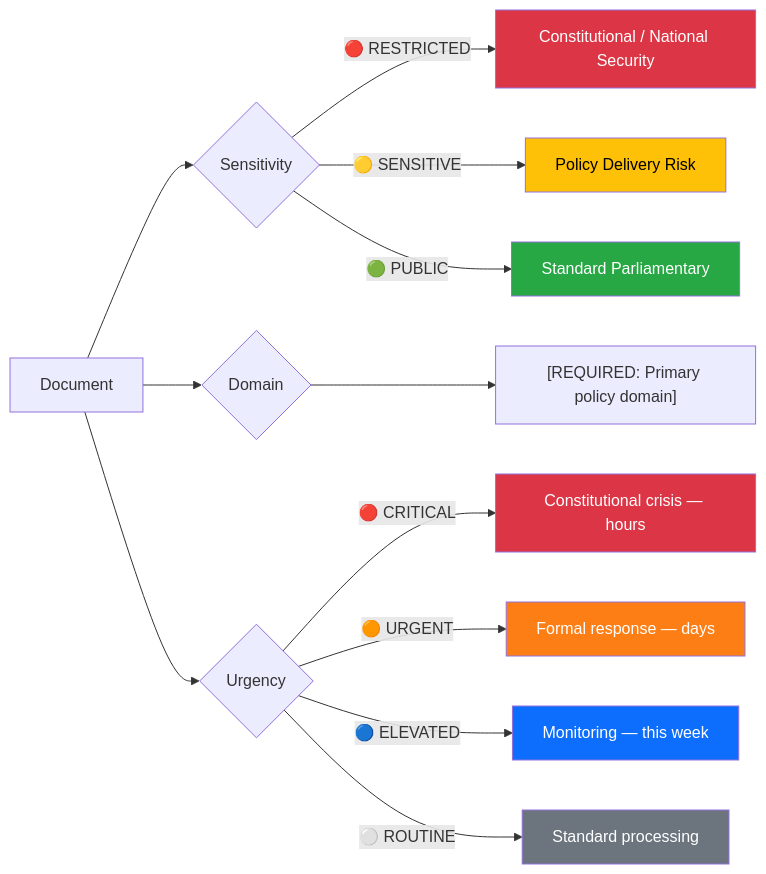
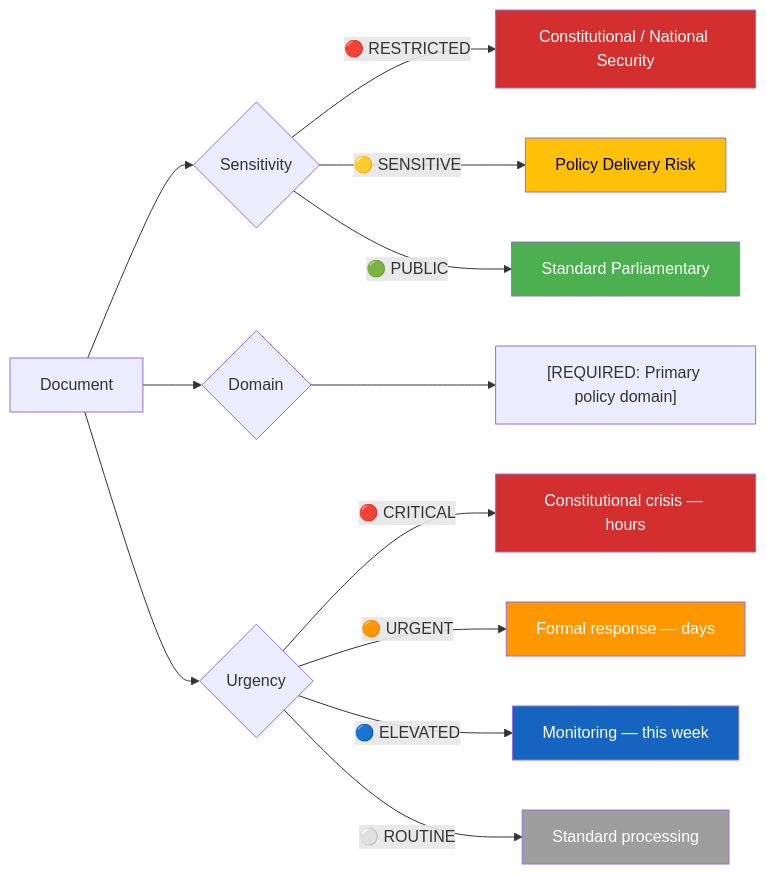
The first of 5 diagrams in analysis/templates/per-file-political-intelligence.md (Hack23/riksdagsmonitor), drawn with Mermaid before and after one commit. The commit also changed other lines of this file and 14 other files, not shown here.

First line of the commit message:
Align analysis/ mermaid diagrams with ISMS Style Guide palette and convert SWOT to quadrantChart

````diff
--- a/analysis/templates/per-file-political-intelligence.md
+++ b/analysis/templates/per-file-political-intelligence.md
@@ -68,24 +68,24 @@
 ```mermaid
 graph LR
     A[Document] --> B{Sensitivity}
     B -->|"🔴 RESTRICTED"| C[Constitutional / National Security]
     B -->|"🟡 SENSITIVE"| D[Policy Delivery Risk]
     B -->|"🟢 PUBLIC"| E[Standard Parliamentary]
     
     A --> G{Domain}
     G --> H["[REQUIRED: Primary policy domain]"]
     
     A --> I{Urgency}
     I -->|"🔴 CRITICAL"| J[Constitutional crisis — hours]
     I -->|"🟠 URGENT"| K[Formal response — days]
     I -->|"🔵 ELEVATED"| L[Monitoring — this week]
     I -->|"⚪ ROUTINE"| M[Standard processing]
     
-    style C fill:#dc3545,color:#fff
-    style D fill:#ffc107,color:#000
-    style E fill:#28a745,color:#fff
-    style J fill:#dc3545,color:#fff
-    style K fill:#fd7e14,color:#fff
-    style L fill:#0d6efd,color:#fff
-    style M fill:#6c757d,color:#fff
+    style C fill:#D32F2F,color:#FFFFFF
+    style D fill:#FFC107,color:#000000
+    style E fill:#4CAF50,color:#FFFFFF
+    style J fill:#D32F2F,color:#FFFFFF
+    style K fill:#FF9800,color:#FFFFFF
+    style L fill:#1565C0,color:#FFFFFF
+    style M fill:#9E9E9E,color:#FFFFFF
 ```
````
